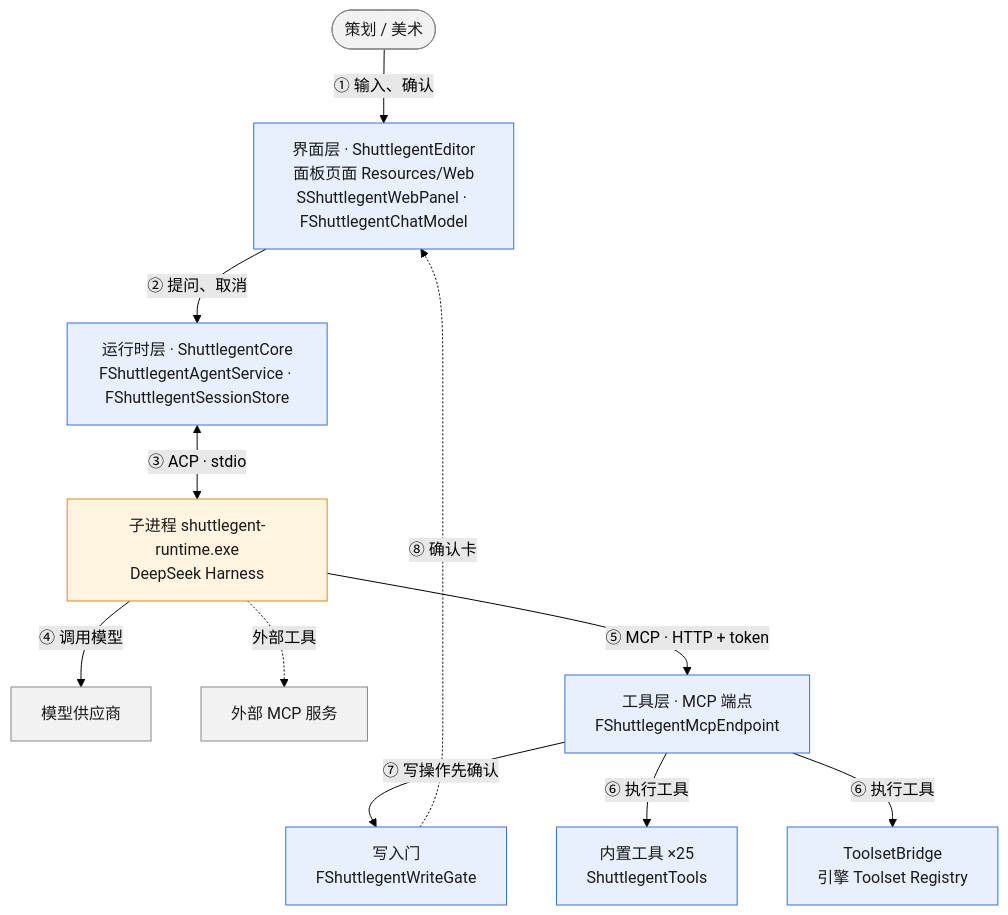
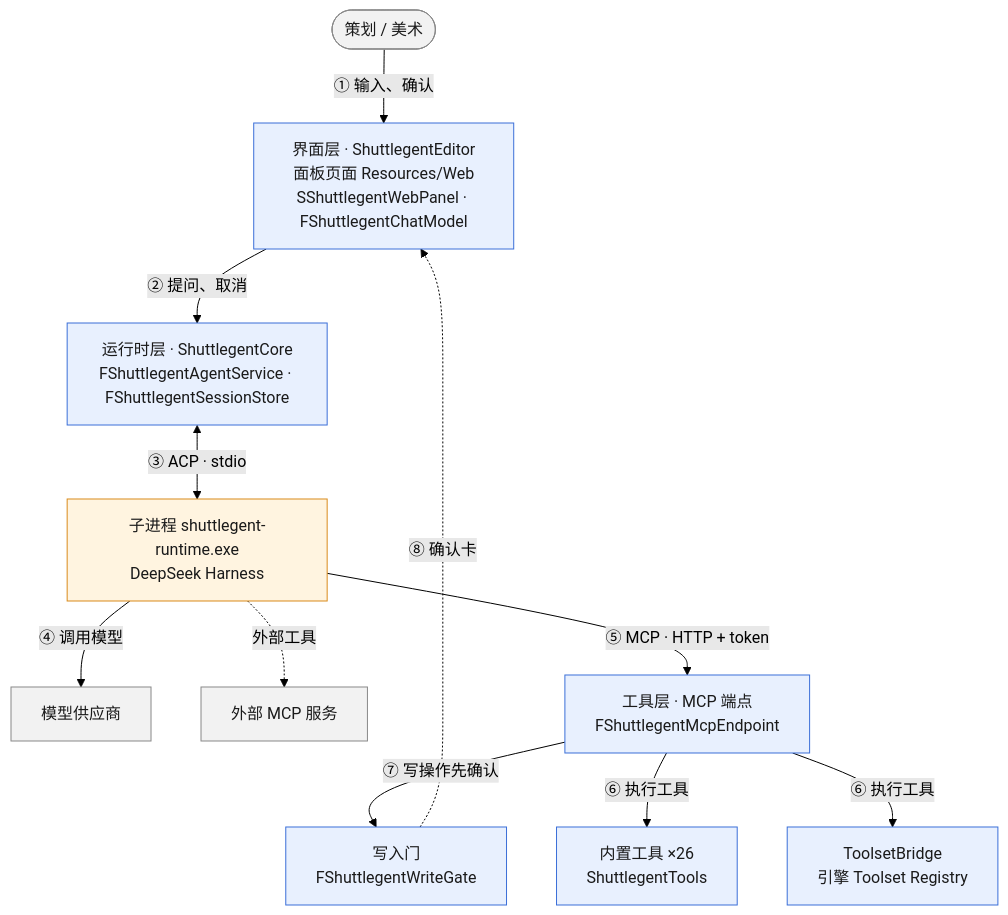
The first of 4 diagrams in Docs/Architecture.md (Jiajiaju/Shuttlegent), drawn with Mermaid (forest theme) before and after one commit. The commit also changed other lines of this file and 9 other files, not shown here.

````diff
--- a/Docs/Architecture.md
+++ b/Docs/Architecture.md
@@ -17,31 +17,31 @@
 ```mermaid
 flowchart TB
     User(["策划 / 美术"])
     UI["界面层 · ShuttlegentEditor<br/>面板页面 Resources/Web<br/>SShuttlegentWebPanel · FShuttlegentChatModel"]
     Core["运行时层 · ShuttlegentCore<br/>FShuttlegentAgentService · FShuttlegentSessionStore"]
     Dsh["子进程 shuttlegent-runtime.exe<br/>DeepSeek Harness"]
     LLM["模型供应商"]
     Ext["外部 MCP 服务"]
     Endpoint["工具层 · MCP 端点<br/>FShuttlegentMcpEndpoint"]
     Gate["写入门<br/>FShuttlegentWriteGate"]
-    Builtin["内置工具 ×25<br/>ShuttlegentTools"]
+    Builtin["内置工具 ×26<br/>ShuttlegentTools"]
     Bridge["ToolsetBridge<br/>引擎 Toolset Registry"]
 
     User -- "① 输入、确认" --> UI
     UI -- "② 提问、取消" --> Core
     Core <-- "③ ACP · stdio" --> Dsh
     Dsh -- "④ 调用模型" --> LLM
     Dsh -. "外部工具" .-> Ext
     Dsh -- "⑤ MCP · HTTP + token" --> Endpoint
     Endpoint -- "⑦ 写操作先确认" --> Gate
     Endpoint -- "⑥ 执行工具" --> Builtin
     Endpoint -- "⑥ 执行工具" --> Bridge
     Gate -. "⑧ 确认卡" .-> UI
 
     classDef editor fill:#e8f0fe,stroke:#3b6fd8,color:#1a1a1a
     classDef runtime fill:#fff4e0,stroke:#d98a1a,color:#1a1a1a
     classDef external fill:#f2f2f2,stroke:#888,color:#1a1a1a
     class UI,Core,Endpoint,Gate,Builtin,Bridge editor
     class Dsh runtime
     class LLM,Ext,User external
 ```
````
